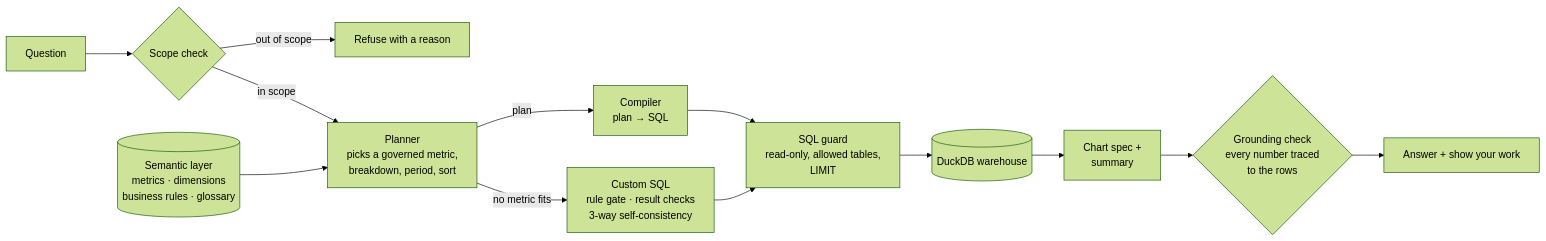
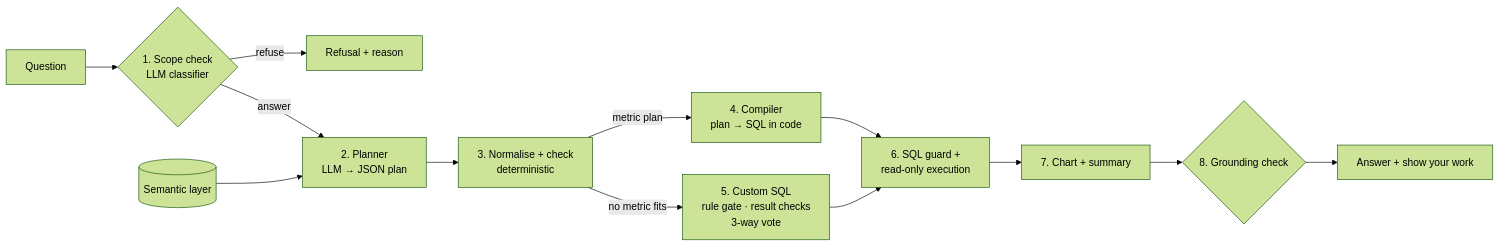
The diagram in README.md (acme105/Analytics-Copilot), drawn with Mermaid (forest theme) before and after one commit. The commit also changed other lines of this file, not shown here.

````diff
--- a/README.md
+++ b/README.md
@@ -15,15 +15,15 @@
 ```mermaid
 flowchart LR
-    Q[Question] --> S{Scope check}
-    S -- out of scope --> R[Refuse with a reason]
-    S -- in scope --> P[Planner<br/>picks a governed metric,<br/>breakdown, period, sort]
-    SL[(Semantic layer<br/>metrics · dimensions<br/>business rules · glossary)] --> P
-    P -- plan --> C[Compiler<br/>plan → SQL]
-    P -- no metric fits --> X[Custom SQL<br/>rule gate · result checks<br/>3-way self-consistency]
-    C --> G[SQL guard<br/>read-only, allowed tables,<br/>LIMIT]
+    Q[Question] --> S{1. Scope check<br/>LLM classifier}
+    S -- refuse --> R[Refusal + reason]
+    S -- answer --> P[2. Planner<br/>LLM → JSON plan]
+    SL[(Semantic layer)] --> P
+    P --> N[3. Normalise + check<br/>deterministic]
+    N -- metric plan --> C[4. Compiler<br/>plan → SQL in code]
+    N -- no metric fits --> X[5. Custom SQL<br/>rule gate · result checks<br/>3-way vote]
+    C --> G[6. SQL guard +<br/>read-only execution]
     X --> G
-    G --> D[(DuckDB warehouse)]
-    D --> V[Chart spec +<br/>summary]
-    V --> GC{Grounding check<br/>every number traced<br/>to the rows}
+    G --> V[7. Chart + summary]
+    V --> GC{8. Grounding check}
     GC --> A[Answer + show your work]
 ```
````
